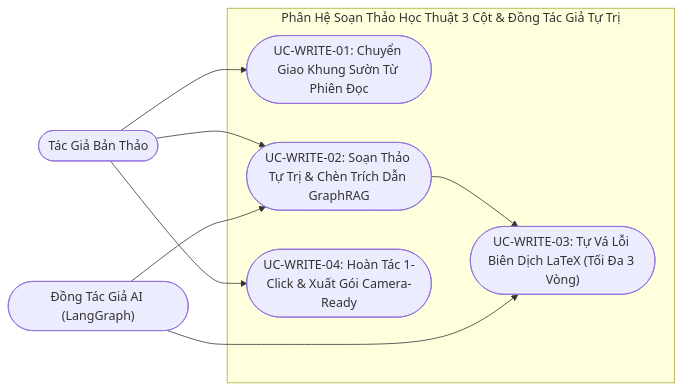
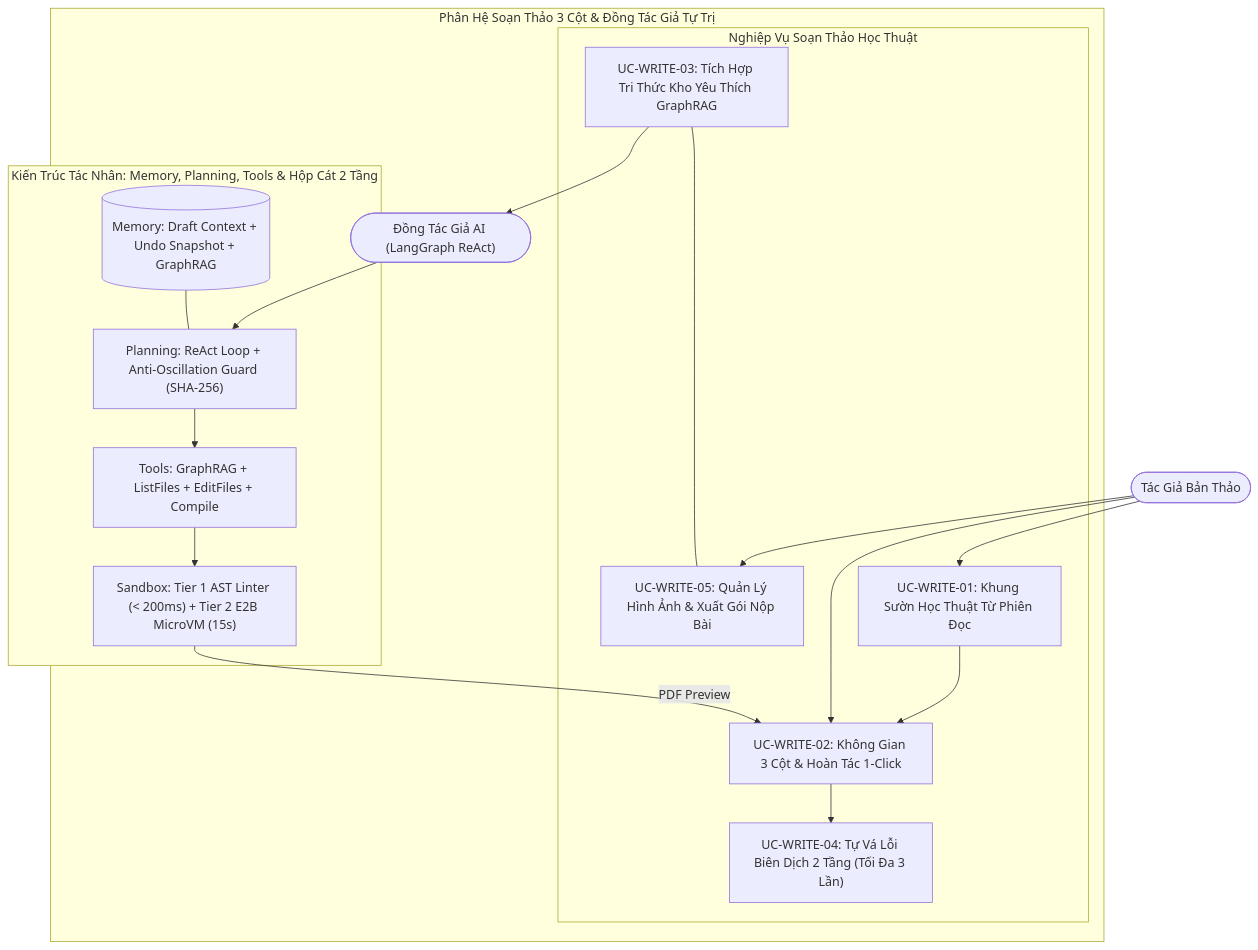
One commit to dammanhdungvn/VeriScholar changed the diagram in docs/PRD/06-agentic-overleaf-writing.md. Above: the diagram before and after it, drawn with Mermaid. The commit also changed other lines of this file and 3 other files, not shown here.

Commit message:
docs: enrich PRD and Technical Specs for GraphRAG and Agentic Writing with production architectures

````diff
--- a/docs/PRD/06-agentic-overleaf-writing.md
+++ b/docs/PRD/06-agentic-overleaf-writing.md
@@ -42,17 +42,33 @@
 ```mermaid
-flowchart LR
+flowchart TD
     Scholar(["Tác Giả Bản Thảo"])
-    CoAuthor(["Đồng Tác Giả AI (LangGraph)"])
-    subgraph WritingBoundary ["Phân Hệ Soạn Thảo Học Thuật 3 Cột & Đồng Tác Giả Tự Trị"]
-        UC1(["UC-WRITE-01: Chuyển Giao Khung Sườn Từ Phiên Đọc"])
-        UC2(["UC-WRITE-02: Soạn Thảo Tự Trị & Chèn Trích Dẫn GraphRAG"])
-        UC3(["UC-WRITE-03: Tự Vá Lỗi Biên Dịch LaTeX (Tối Đa 3 Vòng)"])
-        UC4(["UC-WRITE-04: Hoàn Tác 1-Click & Xuất Gói Camera-Ready"])
-        UC2 --> UC3
+    CoAuthor(["Đồng Tác Giả AI (LangGraph ReAct)"])
+
+    subgraph WritingBoundary ["Phân Hệ Soạn Thảo 3 Cột & Đồng Tác Giả Tự Trị"]
+        subgraph UseCases ["Nghiệp Vụ Soạn Thảo Học Thuật"]
+            UC1["UC-WRITE-01: Khung Sườn Học Thuật Từ Phiên Đọc"]
+            UC2["UC-WRITE-02: Không Gian 3 Cột & Hoàn Tác 1-Click"]
+            UC3["UC-WRITE-03: Tích Hợp Tri Thức Kho Yêu Thích GraphRAG"]
+            UC4["UC-WRITE-04: Tự Vá Lỗi Biên Dịch 2 Tầng (Tối Đa 3 Lần)"]
+            UC5["UC-WRITE-05: Quản Lý Hình Ảnh & Xuất Gói Nộp Bài"]
+            UC1 --> UC2 --> UC4
+            UC3 --- UC5
+        end
+
+        subgraph AgentArchitecture ["Kiến Trúc Tác Nhân: Memory, Planning, Tools & Hộp Cát 2 Tầng"]
+            Memory[("Memory: Draft Context + Undo Snapshot + GraphRAG")]
+            Planning["Planning: ReAct Loop + Anti-Oscillation Guard (SHA-256)"]
+            Tools["Tools: GraphRAG + ListFiles + EditFiles + Compile"]
+            Sandbox["Sandbox: Tier 1 AST Linter (< 200ms) + Tier 2 E2B MicroVM (15s)"]
+            Memory --- Planning --> Tools --> Sandbox
+        end
+
+        UC3 --> CoAuthor
+        CoAuthor --> Planning
+        Sandbox -->|"PDF Preview"| UC2
     end
+
     Scholar --> UC1
     Scholar --> UC2
-    Scholar --> UC4
-    CoAuthor --> UC2
-    CoAuthor --> UC3
+    Scholar --> UC5
 ```
````
